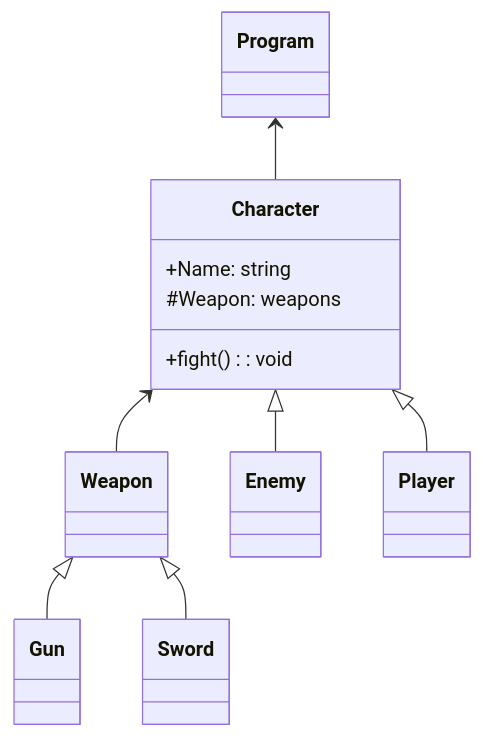
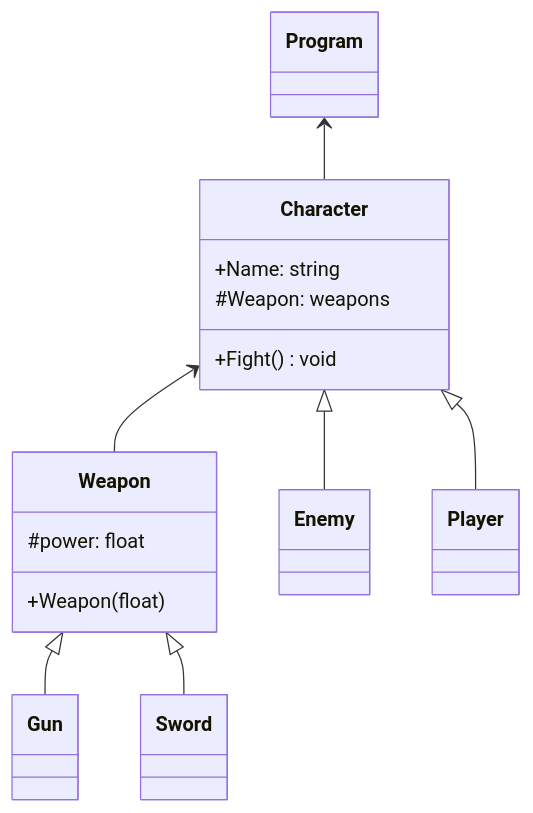
The diagram in README.md (FabioRibeiro404/LP1Semana07), drawn with Mermaid before and after one commit.

Commit message:
Add Weapon class

````diff
--- a/README.md
+++ b/README.md
@@ -2,26 +2,29 @@
 ```mermaid
 
 classDiagram
 
 Program <-- Character
 Character <-- Weapon
 
 Character <|-- Enemy
 Character <|-- Player
 
 Weapon <|-- Gun
 Weapon <|-- Sword
 
 class Program{
       
 }
 
 class Character{
   +Name: string
   #Weapon: weapons
-  +fight(): void
-
+  +Fight() void
+}
+class Weapon{
+#power: float
++Weapon(float)
 }
 
 
 ```
````
